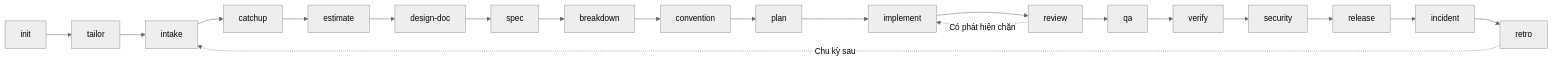
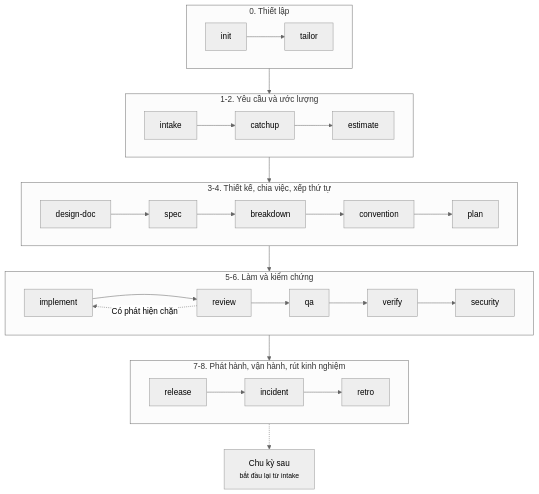
Before and after one commit to lamngockhuong/aiteamkit: the diagram in docs/vi/skills-overview.md, drawn with Mermaid (neutral theme). The commit also changed 14 other files, not shown here.

````diff
--- a/docs/vi/skills-overview.md
+++ b/docs/vi/skills-overview.md
@@ -11,9 +11,26 @@
 ```mermaid
-flowchart LR
-    I["init"] --> T["tailor"] --> IN["intake"] --> C["catchup"] --> E["estimate"]
-    E --> D["design-doc"] --> SP["spec"] --> B["breakdown"] --> CV["convention"] --> P["plan"]
-    P --> IM["implement"] --> R["review"] --> Q["qa"] --> V["verify"] --> S["security"] --> RL["release"]
-    R -.->|Có phát hiện chặn| IM
-    RL --> IC["incident"] --> RT["retro"]
-    RT -.->|Chu kỳ sau| IN
+flowchart TD
+    subgraph L0["0. Thiết lập"]
+        direction LR
+        I["init"] --> T["tailor"]
+    end
+    subgraph L1["1-2. Yêu cầu và ước lượng"]
+        direction LR
+        IN["intake"] --> C["catchup"] --> E["estimate"]
+    end
+    subgraph L2["3-4. Thiết kế, chia việc, xếp thứ tự"]
+        direction LR
+        D["design-doc"] --> SP["spec"] --> B["breakdown"] --> CV["convention"] --> P["plan"]
+    end
+    subgraph L3["5-6. Làm và kiểm chứng"]
+        direction LR
+        IM["implement"] --> R["review"] --> Q["qa"] --> V["verify"] --> S["security"]
+        R -.->|Có phát hiện chặn| IM
+    end
+    subgraph L4["7-8. Phát hành, vận hành, rút kinh nghiệm"]
+        direction LR
+        RL["release"] --> IC["incident"] --> RT["retro"]
+    end
+    L0 --> L1 --> L2 --> L3 --> L4
+    L4 -.-> NC["Chu kỳ sau<br/><small>bắt đầu lại từ intake</small>"]
 ```
````
